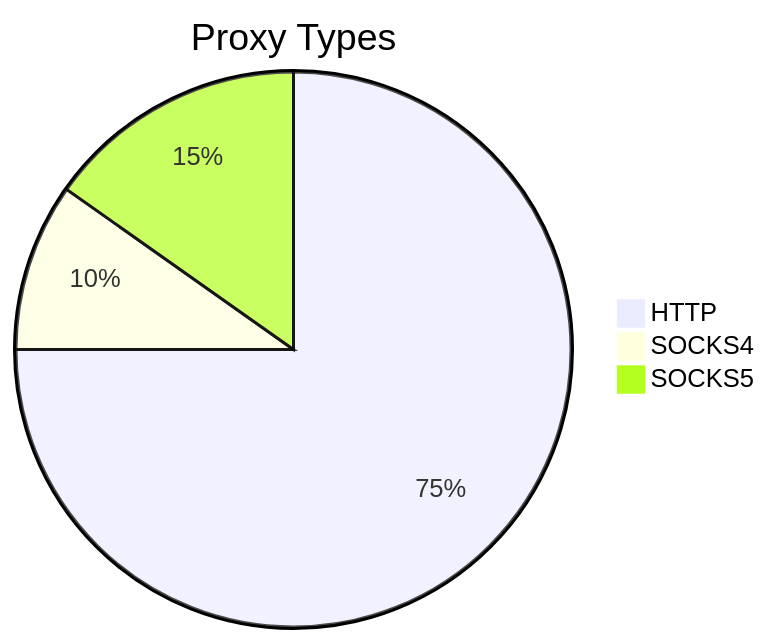
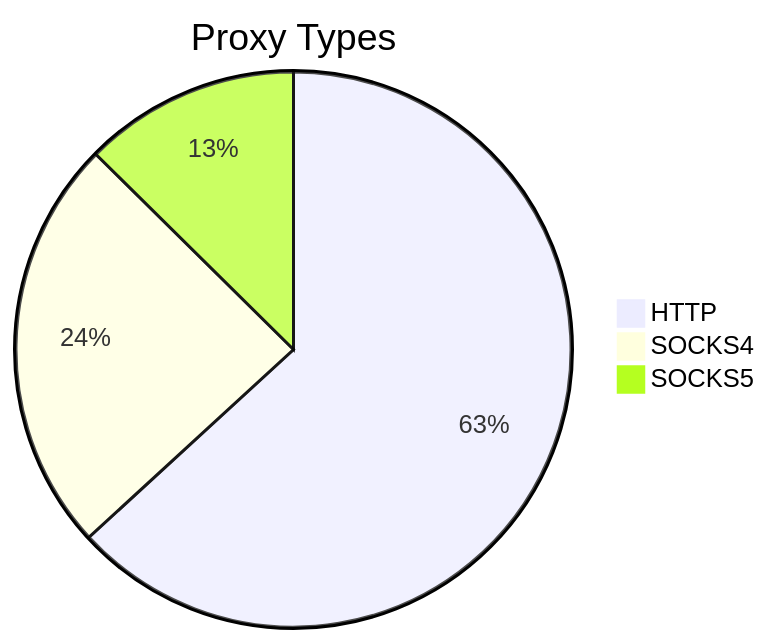
Before and after one commit to stormsia/proxy-list: the first of 2 diagrams in README.md, drawn with Mermaid. The commit also changed other lines of this file, not shown here.

````diff
--- a/README.md
+++ b/README.md
@@ -21,6 +21,6 @@
 ```mermaid
 pie title Proxy Types
-    "HTTP" : 207
-    "SOCKS4" : 27
-    "SOCKS5" : 42
+    "HTTP" : 326
+    "SOCKS4" : 125
+    "SOCKS5" : 65
 ```
````
